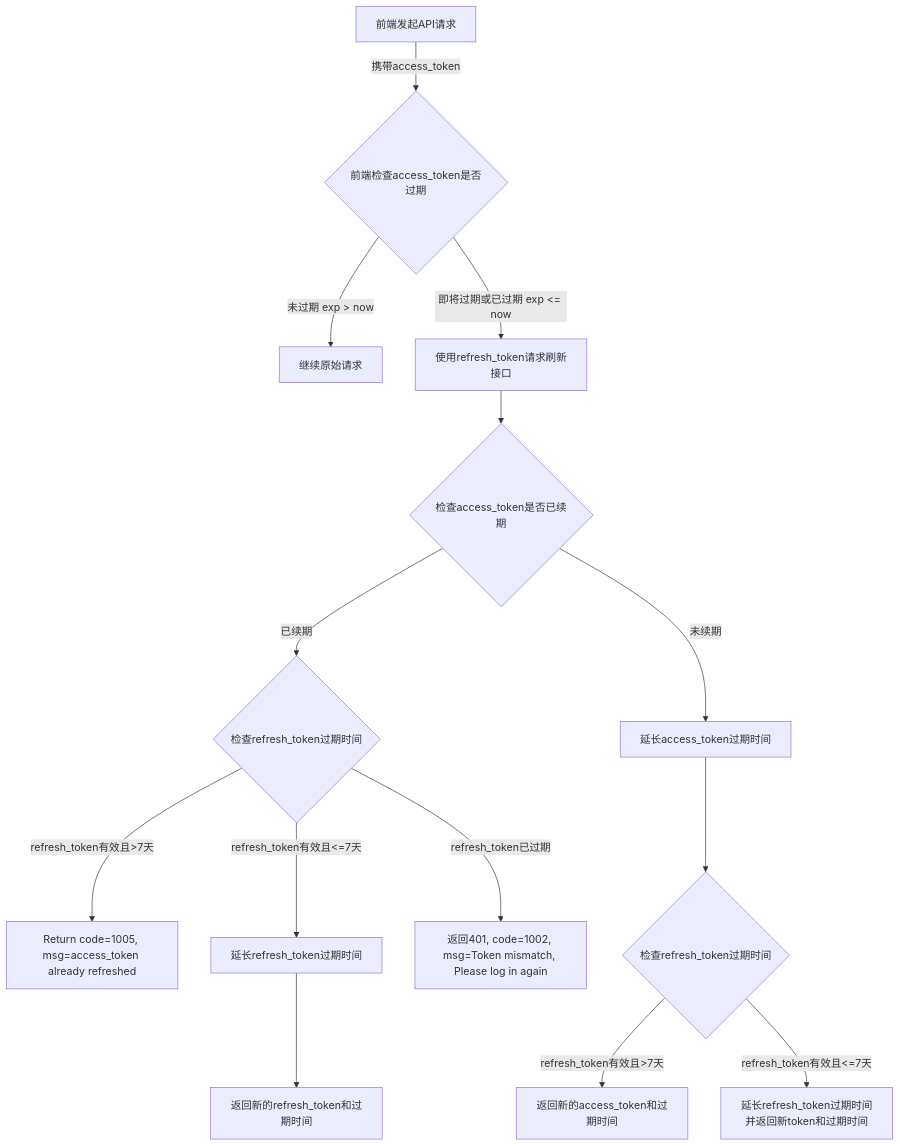
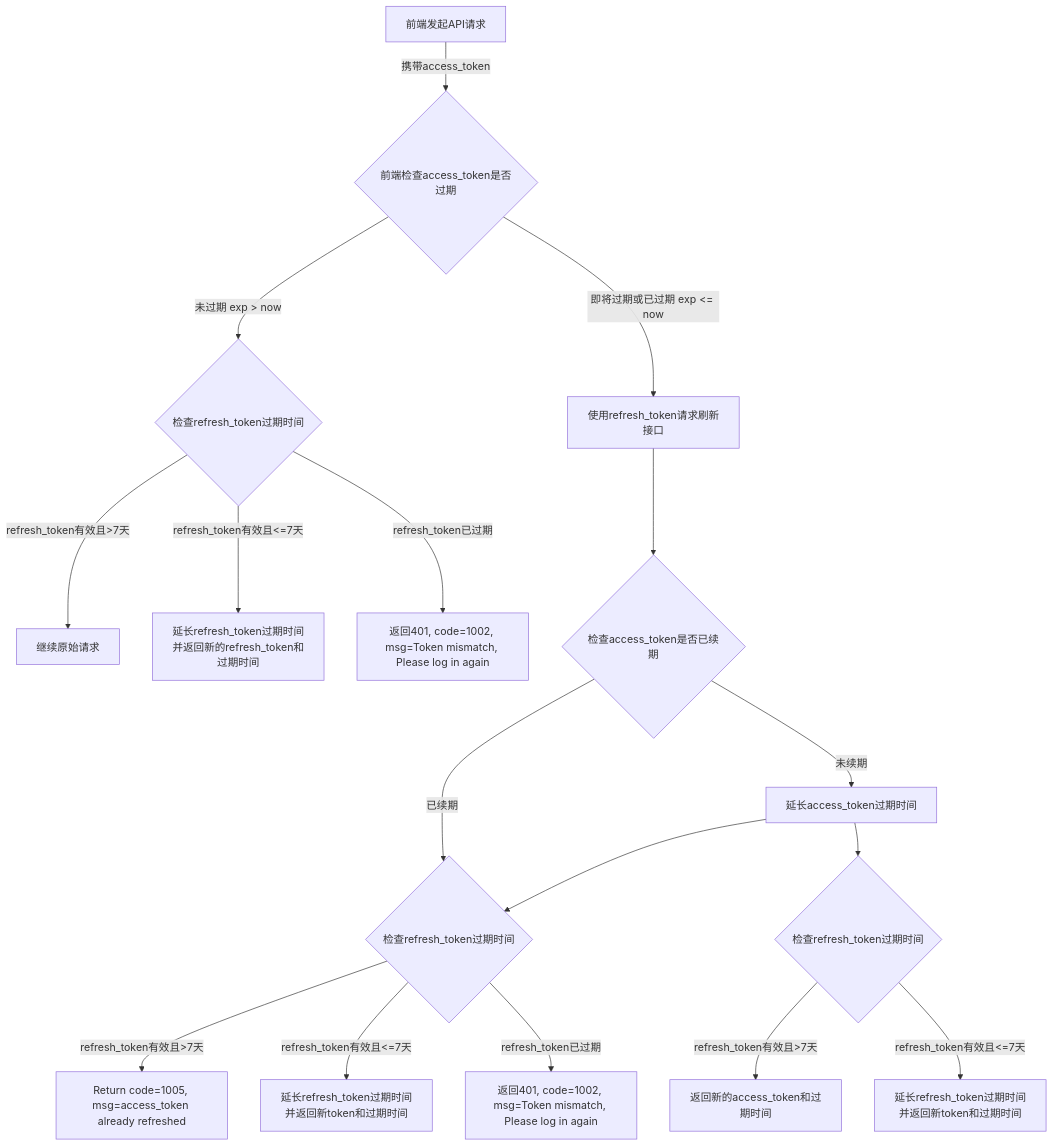
One commit to yingjianzh/iodraw-files changed the diagram in all/openAPI-17.md. Above: the diagram before and after it, drawn with Mermaid.

Commit message:
2025-01-08 18:38:57 update

````diff
--- a/all/openAPI-17.md
+++ b/all/openAPI-17.md
@@ -1,17 +1,19 @@
 ```mermaid
 flowchart TD
     A[前端发起API请求] -->|携带access_token| B{前端检查access_token是否过期}
-    B -->|未过期 exp > now| C[继续原始请求]
+    B -->|未过期 exp > now| C{检查refresh_token过期时间}
     B -->|即将过期或已过期 exp <= now| D[使用refresh_token请求刷新接口]
-    D --> E{检查access_token是否已续期}
-    E -->|已续期| F{检查refresh_token过期时间}
-    E -->|未续期| G[延长access_token过期时间]
-    F -->|refresh_token有效且>7天| H[Return code=1005, msg=access_token already refreshed]
-    F -->|refresh_token有效且<=7天| I[延长refresh_token过期时间]
-    F -->|refresh_token已过期| J[返回401, code=1002, msg=Token mismatch, Please log in again]
-    G --> K{检查refresh_token过期时间}
-    K -->|refresh_token有效且>7天| L[返回新的access_token和过期时间]
-    K -->|refresh_token有效且<=7天| M[延长refresh_token过期时间并返回新token和过期时间]
-    I --> N[返回新的refresh_token和过期时间]
+    C -->|refresh_token有效且>7天| E[继续原始请求]
+    C -->|refresh_token有效且<=7天| F[延长refresh_token过期时间并返回新的refresh_token和过期时间]
+    C -->|refresh_token已过期| G[返回401, code=1002, msg=Token mismatch, Please log in again]
+    D --> H{检查access_token是否已续期}
+    H -->|已续期| I{检查refresh_token过期时间}
+    H -->|未续期| J[延长access_token过期时间] --> I
+    I -->|refresh_token有效且>7天| K[Return code=1005, msg=access_token already refreshed]
+    I -->|refresh_token有效且<=7天| L[延长refresh_token过期时间并返回新token和过期时间]
+    I -->|refresh_token已过期| M[返回401, code=1002, msg=Token mismatch, Please log in again]
+    J --> N{检查refresh_token过期时间}
+    N -->|refresh_token有效且>7天| O[返回新的access_token和过期时间]
+    N -->|refresh_token有效且<=7天| P[延长refresh_token过期时间并返回新token和过期时间]
 
 ```
````
